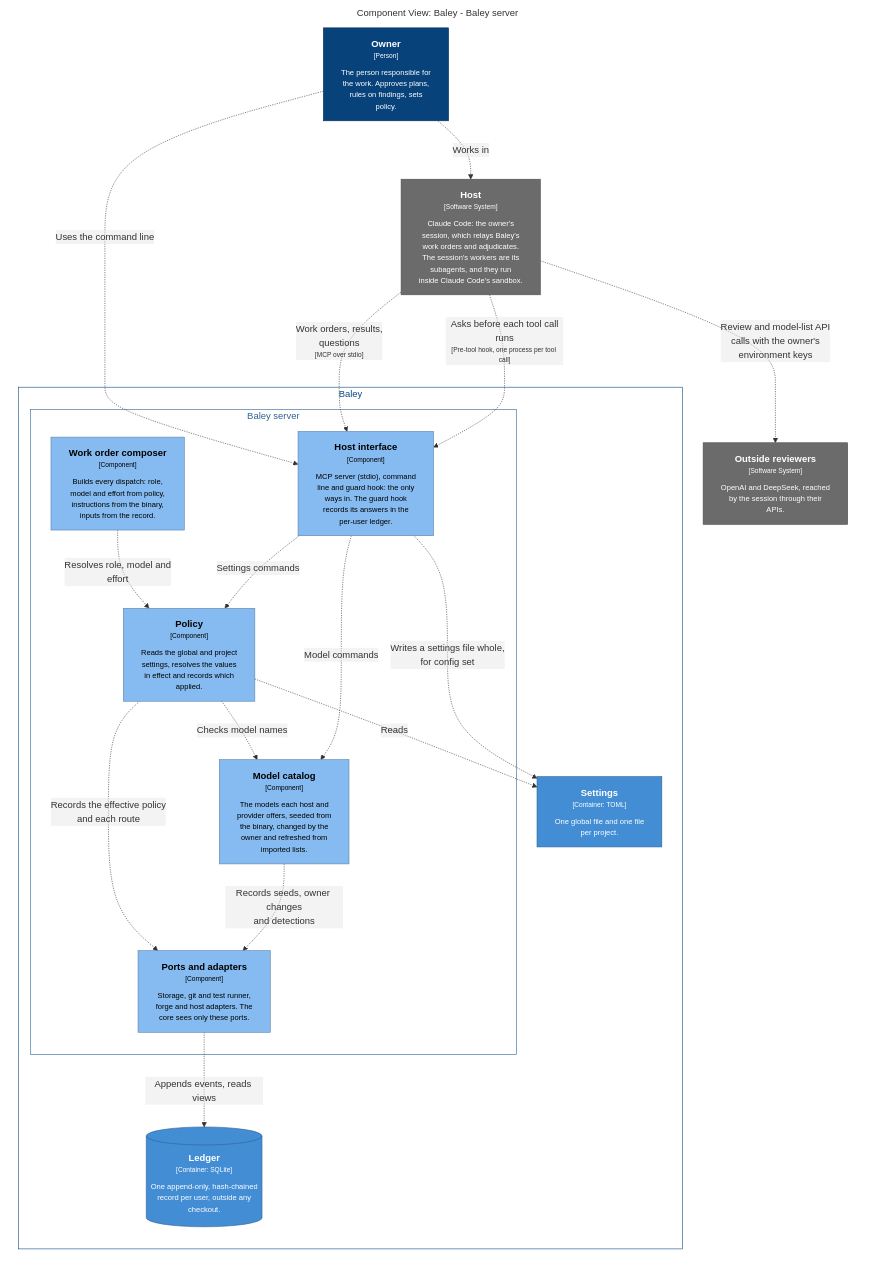
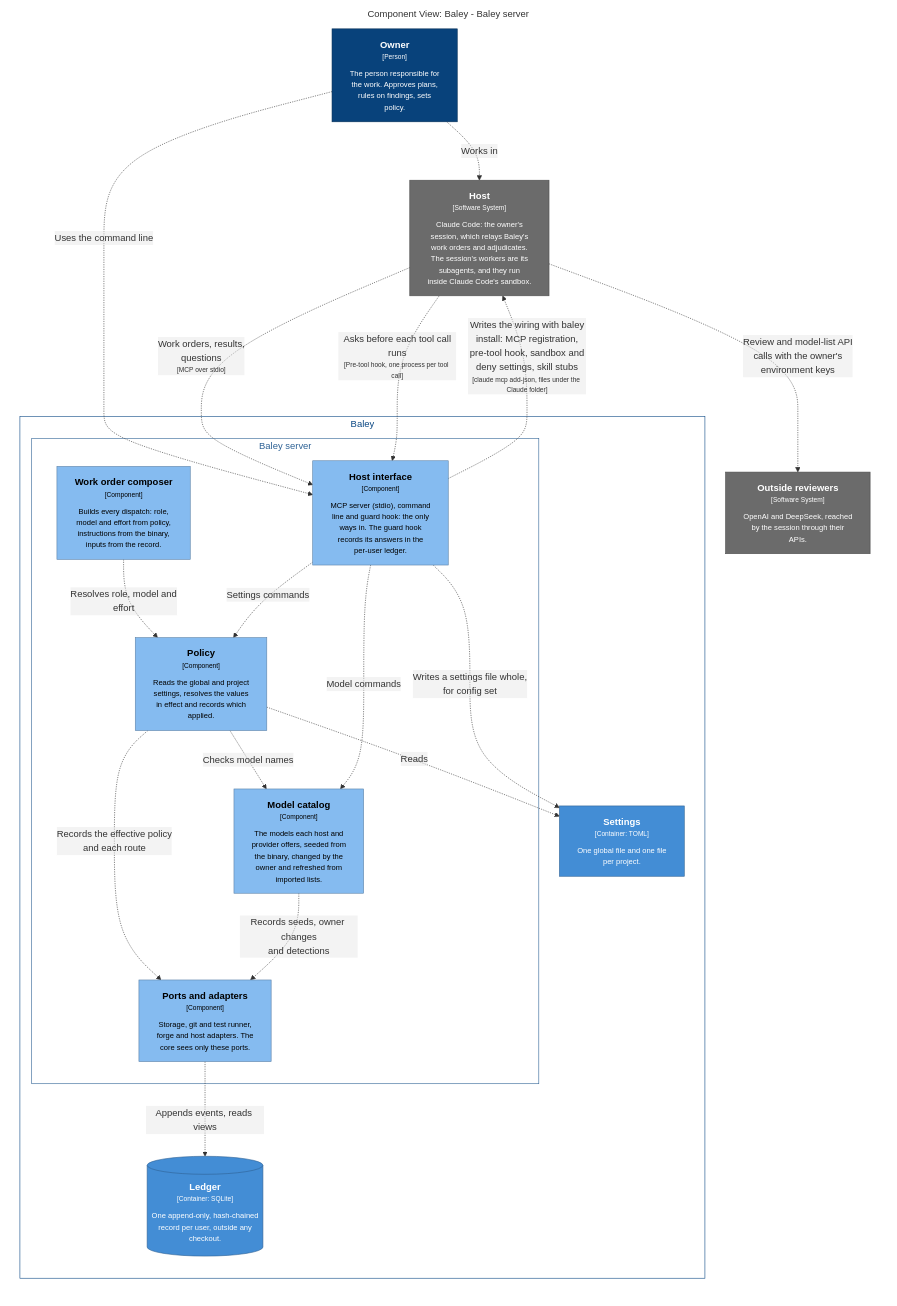
One commit to crenshawdev/baley changed the first of 7 diagrams in docs/design/0003-configuration-and-routing.md. Above: the diagram before and after it, drawn with Mermaid. The commit also changed other lines of this file and 3 other files, not shown here.

First line of the commit message:
docs(design): show baley install writing the host's wiring in the C4 model

````diff
--- a/docs/design/0003-configuration-and-routing.md
+++ b/docs/design/0003-configuration-and-routing.md
@@ -28,56 +28,57 @@
 ```mermaid
 graph LR
   linkStyle default fill:none
 
   subgraph diagram ["Component View: Baley - Baley server"]
     style diagram fill:none,stroke:none
 
     1["<div style='font-weight: bold'>Owner</div><div style='font-size: 70%; margin-top: 0px'>[Person]</div><div style='font-size: 80%; margin-top:10px'>The person responsible for<br />the work. Approves plans,<br />rules on findings, sets<br />policy.</div>"]
     style 1 fill:#08427b,stroke:#052e56,color:#ffffff
 
     14["<div style='font-weight: bold'>Host</div><div style='font-size: 70%; margin-top: 0px'>[Software System]</div><div style='font-size: 80%; margin-top:10px'>Claude Code: the owner's<br />session, which relays Baley's<br />work orders and adjudicates.<br />The session's workers are its<br />subagents, and they run<br />inside Claude Code's sandbox.</div>"]
     style 14 fill:#6b6b6b,stroke:#4d4d4d,color:#ffffff
     18["<div style='font-weight: bold'>Outside reviewers</div><div style='font-size: 70%; margin-top: 0px'>[Software System]</div><div style='font-size: 80%; margin-top:10px'>OpenAI and DeepSeek, reached<br />by the session through their<br />APIs.</div>"]
     style 18 fill:#6b6b6b,stroke:#4d4d4d,color:#ffffff
 
     subgraph 2 ["Baley"]
       style 2 fill:none,stroke:#0b4884,color:#0b4884
 
       subgraph 3 ["Baley server"]
         style 3 fill:none,stroke:#2e6295,color:#2e6295
 
         10["<div style='font-weight: bold'>Ports and adapters</div><div style='font-size: 70%; margin-top: 0px'>[Component]</div><div style='font-size: 80%; margin-top:10px'>Storage, git and test runner,<br />forge and host adapters. The<br />core sees only these ports.</div>"]
         style 10 fill:#85bbf0,stroke:#5d82a8,color:#000000
         4["<div style='font-weight: bold'>Host interface</div><div style='font-size: 70%; margin-top: 0px'>[Component]</div><div style='font-size: 80%; margin-top:10px'>MCP server (stdio), command<br />line and guard hook: the only<br />ways in. The guard hook<br />records its answers in the<br />per-user ledger.</div>"]
         style 4 fill:#85bbf0,stroke:#5d82a8,color:#000000
         7["<div style='font-weight: bold'>Work order composer</div><div style='font-size: 70%; margin-top: 0px'>[Component]</div><div style='font-size: 80%; margin-top:10px'>Builds every dispatch: role,<br />model and effort from policy,<br />instructions from the binary,<br />inputs from the record.</div>"]
         style 7 fill:#85bbf0,stroke:#5d82a8,color:#000000
         8["<div style='font-weight: bold'>Policy</div><div style='font-size: 70%; margin-top: 0px'>[Component]</div><div style='font-size: 80%; margin-top:10px'>Reads the global and project<br />settings, resolves the values<br />in effect and records which<br />applied.</div>"]
         style 8 fill:#85bbf0,stroke:#5d82a8,color:#000000
         9["<div style='font-weight: bold'>Model catalog</div><div style='font-size: 70%; margin-top: 0px'>[Component]</div><div style='font-size: 80%; margin-top:10px'>The models each host and<br />provider offers, seeded from<br />the binary, changed by the<br />owner and refreshed from<br />imported lists.</div>"]
         style 9 fill:#85bbf0,stroke:#5d82a8,color:#000000
       end
 
       12[("<div style='font-weight: bold'>Ledger</div><div style='font-size: 70%; margin-top: 0px'>[Container: SQLite]</div><div style='font-size: 80%; margin-top:10px'>One append-only, hash-chained<br />record per user, outside any<br />checkout.</div>")]
       style 12 fill:#438dd5,stroke:#2e6295,color:#ffffff
       13["<div style='font-weight: bold'>Settings</div><div style='font-size: 70%; margin-top: 0px'>[Container: TOML]</div><div style='font-size: 80%; margin-top:10px'>One global file and one file<br />per project.</div>"]
       style 13 fill:#438dd5,stroke:#2e6295,color:#ffffff
     end
 
     1-. "<div>Works in</div><div style='font-size: 70%'></div>" .->14
     1-. "<div>Uses the command line</div><div style='font-size: 70%'></div>" .->4
     14-. "<div>Work orders, results,<br />questions</div><div style='font-size: 70%'>[MCP over stdio]</div>" .->4
     14-. "<div>Asks before each tool call<br />runs</div><div style='font-size: 70%'>[Pre-tool hook, one process per tool call]</div>" .->4
+    4-. "<div>Writes the wiring with baley<br />install: MCP registration,<br />pre-tool hook, sandbox and<br />deny settings, skill stubs</div><div style='font-size: 70%'>[claude mcp add-json, files under the Claude folder]</div>" .->14
     14-. "<div>Review and model-list API<br />calls with the owner's<br />environment keys</div><div style='font-size: 70%'></div>" .->18
     7-. "<div>Resolves role, model and<br />effort</div><div style='font-size: 70%'></div>" .->8
     8-. "<div>Reads</div><div style='font-size: 70%'></div>" .->13
     4-. "<div>Writes a settings file whole,<br />for config set</div><div style='font-size: 70%'></div>" .->13
     8-. "<div>Checks model names</div><div style='font-size: 70%'></div>" .->9
     8-. "<div>Records the effective policy<br />and each route</div><div style='font-size: 70%'></div>" .->10
     4-. "<div>Settings commands</div><div style='font-size: 70%'></div>" .->8
     4-. "<div>Model commands</div><div style='font-size: 70%'></div>" .->9
     9-. "<div>Records seeds, owner changes<br />and detections</div><div style='font-size: 70%'></div>" .->10
     10-. "<div>Appends events, reads views</div><div style='font-size: 70%'></div>" .->12
 
   end
 ```
````
